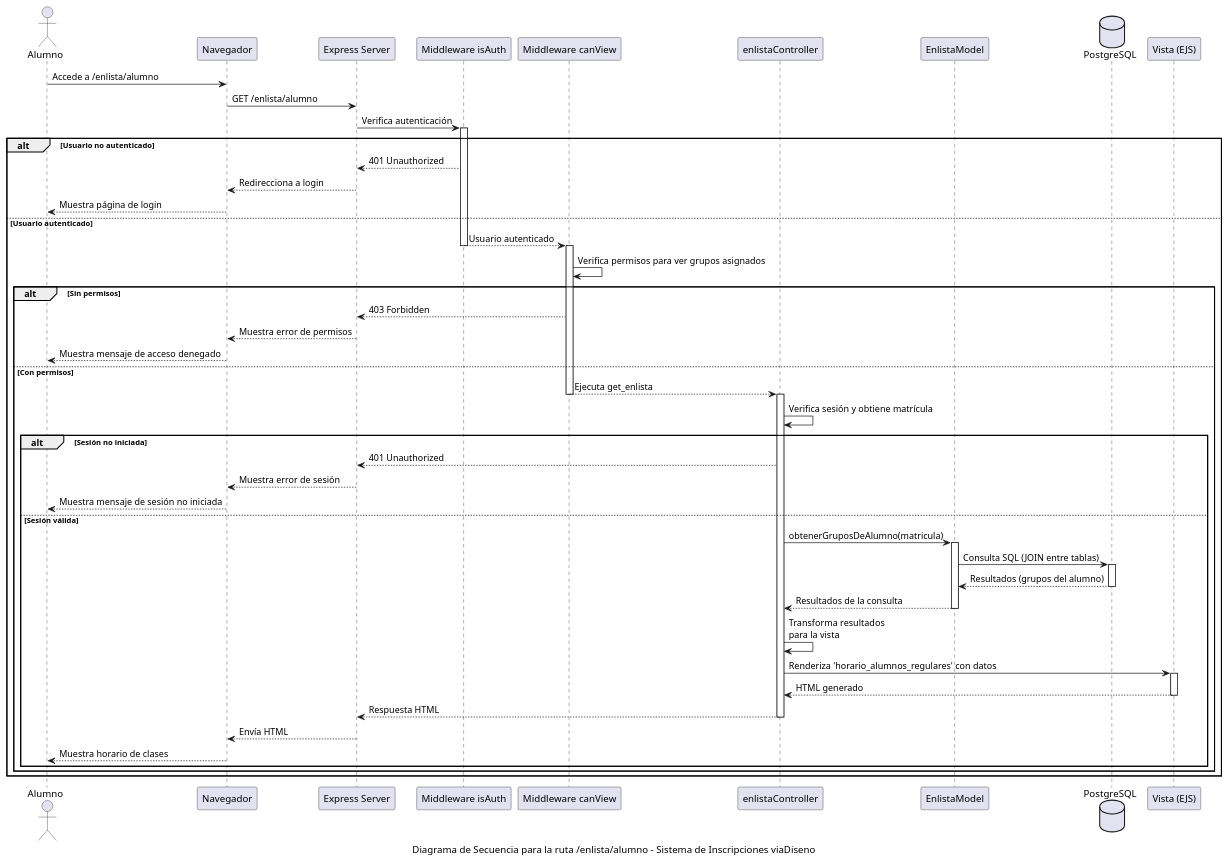
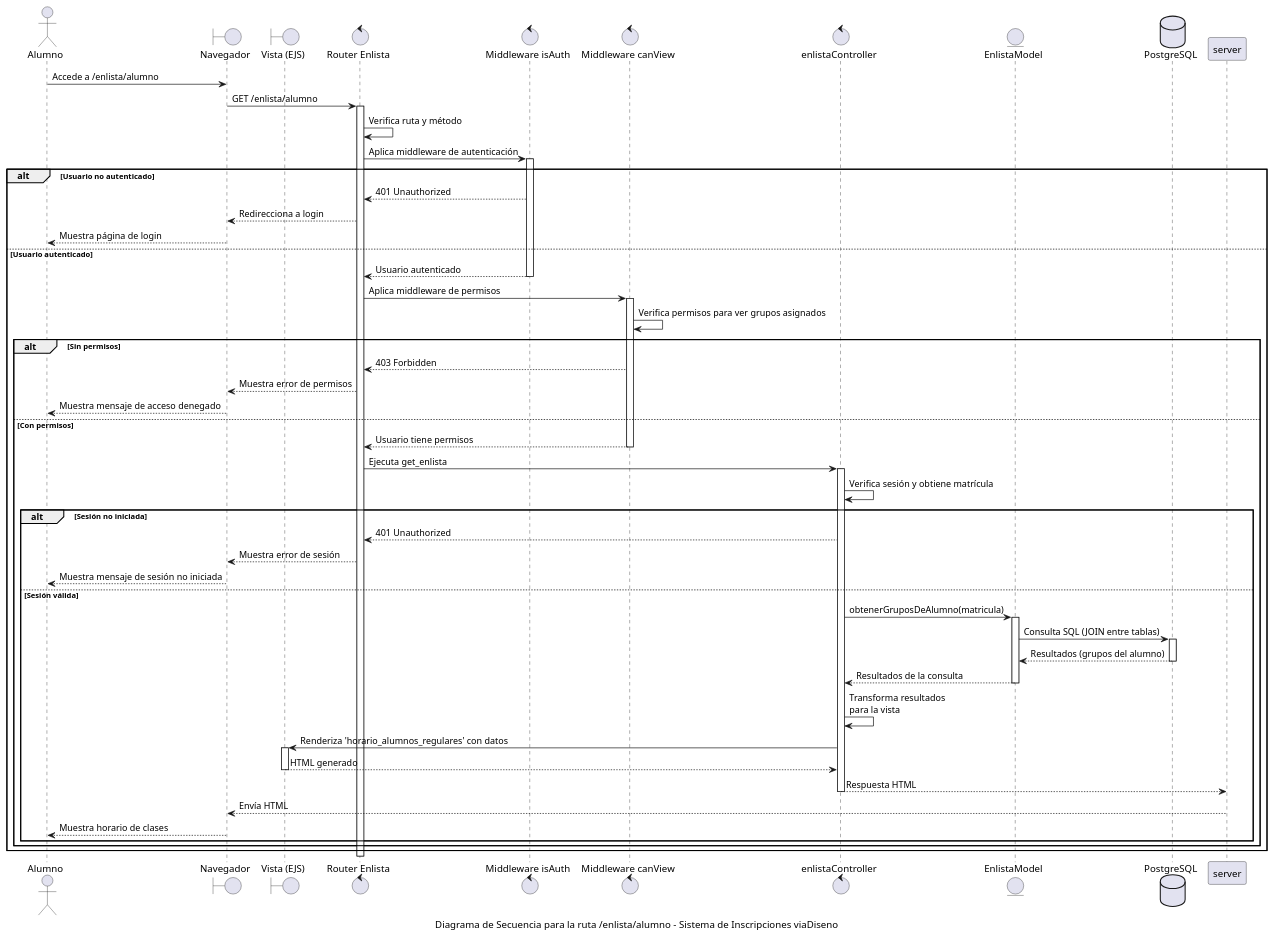
Before and after one commit to ChzCharbel/viaDiseno: the diagram in diagramas/sequence_diagram_enlista_alumno.puml, drawn with PlantUML.

Commit message:
Diagrama actualizado

```diff
--- a/diagramas/sequence_diagram_enlista_alumno.puml
+++ b/diagramas/sequence_diagram_enlista_alumno.puml
@@ -1,77 +1,88 @@
 @startuml Diagrama de Secuencia - /enlista/alumno
 
 ' Definición de actores y componentes
 actor "Alumno" as user
-participant "Navegador" as browser
-participant "Express Server" as server
-participant "Middleware isAuth" as isAuth
-participant "Middleware canView" as canView
-participant "enlistaController" as controller
-participant "EnlistaModel" as model
+
+' Boundaries (Frontend/UI)
+boundary "Navegador" as browser
+boundary "Vista (EJS)" as view
+
+' Control (Routes y Controllers)
+control "Router Enlista" as router
+control "Middleware isAuth" as isAuth
+control "Middleware canView" as canView
+control "enlistaController" as controller
+
+' Entity (Models y Base de datos)
+entity "EnlistaModel" as model
 database "PostgreSQL" as db
-participant "Vista (EJS)" as view
 
 ' Flujo de la secuencia
 user -> browser : Accede a /enlista/alumno
-browser -> server : GET /enlista/alumno
-server -> isAuth : Verifica autenticación
+browser -> router : GET /enlista/alumno
+activate router
+
+router -> router : Verifica ruta y método
+router -> isAuth : Aplica middleware de autenticación
 activate isAuth
 
 alt Usuario no autenticado
-    isAuth --> server : 401 Unauthorized
-    server --> browser : Redirecciona a login
+    isAuth --> router : 401 Unauthorized
+    router --> browser : Redirecciona a login
     browser --> user : Muestra página de login
 else Usuario autenticado
-    isAuth --> canView : Usuario autenticado
+    isAuth --> router : Usuario autenticado
     deactivate isAuth
+    
+    router -> canView : Aplica middleware de permisos
     activate canView
-    
-    canView -> canView : Verifica permisos para ver grupos asignados
+      canView -> canView : Verifica permisos para ver grupos asignados
     
     alt Sin permisos
-        canView --> server : 403 Forbidden
-        server --> browser : Muestra error de permisos
+        canView --> router : 403 Forbidden
+        router --> browser : Muestra error de permisos
         browser --> user : Muestra mensaje de acceso denegado
     else Con permisos
-        canView --> controller : Ejecuta get_enlista
+        canView --> router : Usuario tiene permisos
         deactivate canView
+        
+        router -> controller : Ejecuta get_enlista
         activate controller
-        
-        controller -> controller : Verifica sesión y obtiene matrícula
+          controller -> controller : Verifica sesión y obtiene matrícula
         
         alt Sesión no iniciada
-            controller --> server : 401 Unauthorized
-            server --> browser : Muestra error de sesión
+            controller --> router : 401 Unauthorized
+            router --> browser : Muestra error de sesión
             browser --> user : Muestra mensaje de sesión no iniciada
         else Sesión válida
             controller -> model : obtenerGruposDeAlumno(matricula)
             activate model
             
             model -> db : Consulta SQL (JOIN entre tablas)
             activate db
             db --> model : Resultados (grupos del alumno)
             deactivate db
             
             model --> controller : Resultados de la consulta
             deactivate model
             
             controller -> controller : Transforma resultados \npara la vista
             controller -> view : Renderiza 'horario_alumnos_regulares' con datos
             activate view
             
             view --> controller : HTML generado
             deactivate view
             
             controller --> server : Respuesta HTML
             deactivate controller
             
             server --> browser : Envía HTML
             browser --> user : Muestra horario de clases
         end
     end
 end
 
 ' Footer
 caption Diagrama de Secuencia para la ruta /enlista/alumno - Sistema de Inscripciones viaDiseno
 
 @enduml
```
